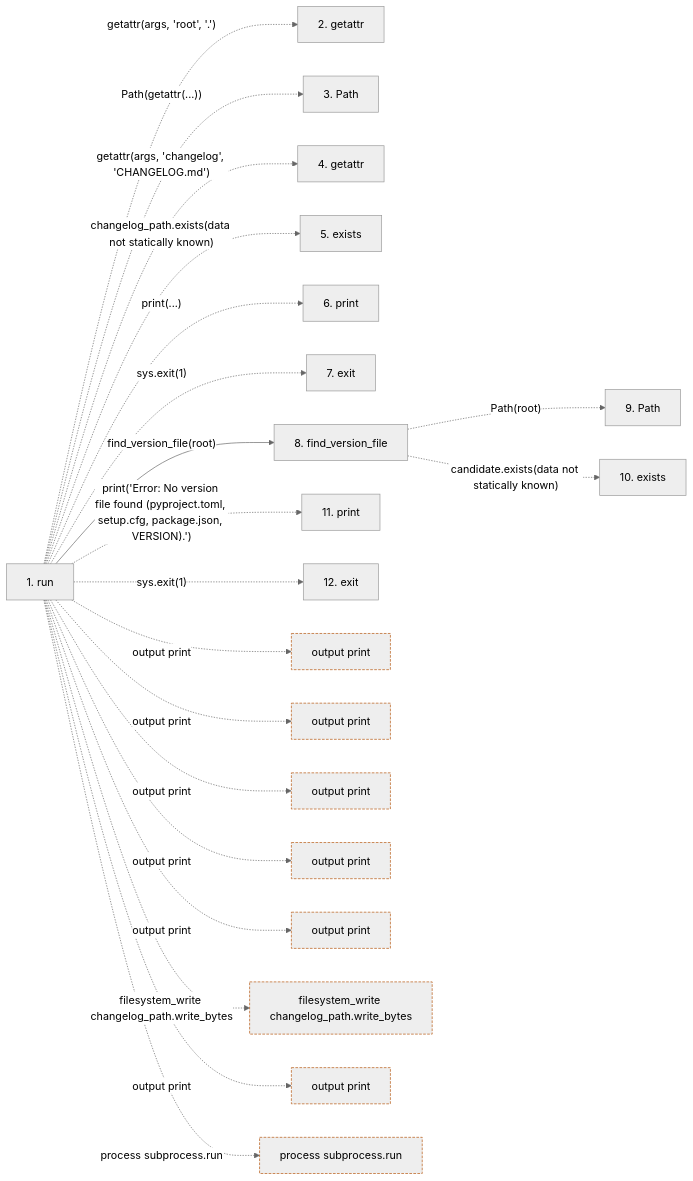
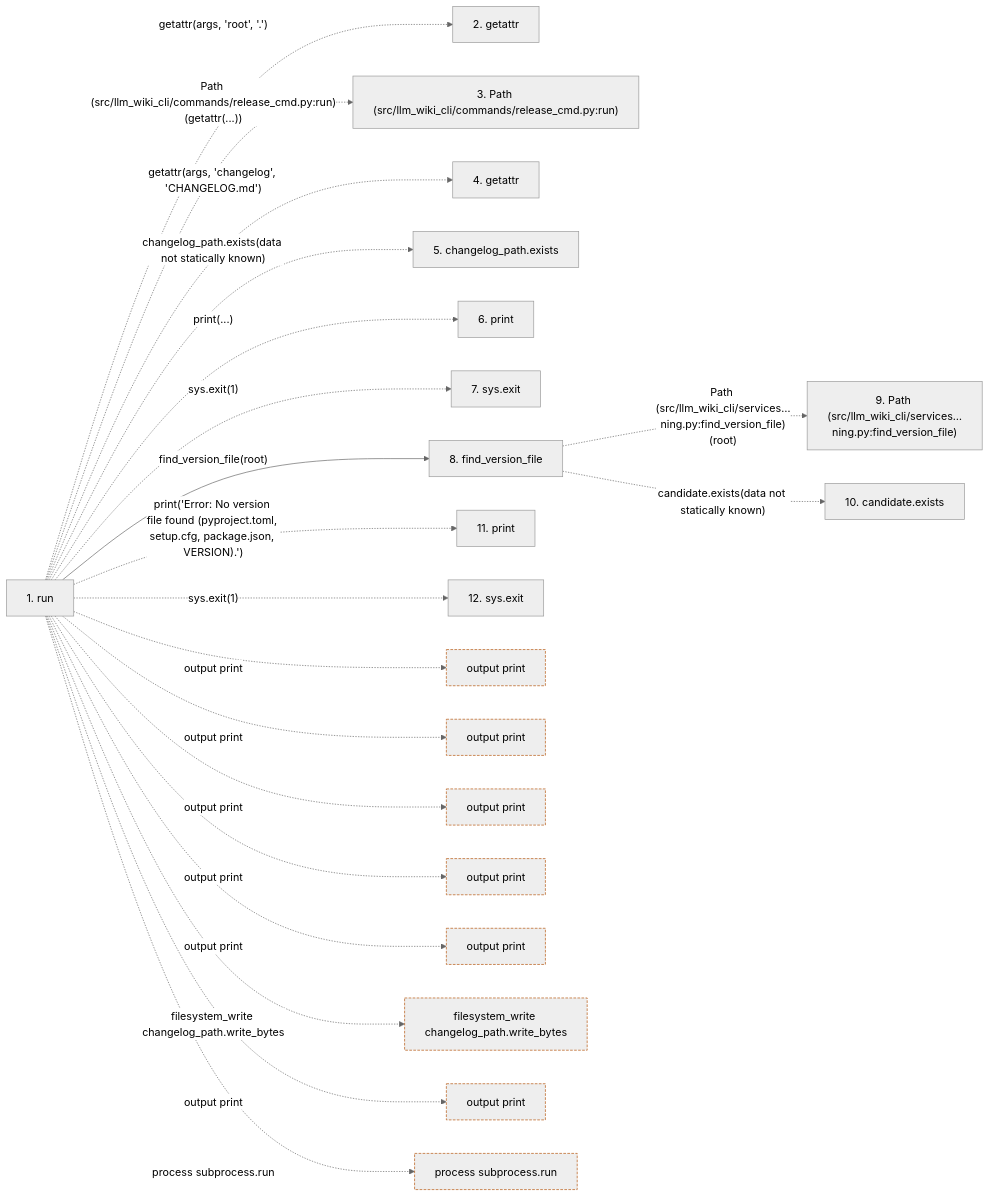
One commit to Denissvgn/python-wiki-llm changed the second of 2 diagrams in docs/llm_wiki/flows/cli-release.md. Above: the diagram before and after it, drawn with Mermaid (neutral theme). The commit also changed other lines of this file and 719 other files, not shown here.

````diff
--- a/docs/llm_wiki/flows/cli-release.md
+++ b/docs/llm_wiki/flows/cli-release.md
@@ -64,53 +69,53 @@
 ```mermaid
 flowchart LR
     s1["1. run"]
     s2["2. getattr"]
-    s3["3. Path"]
+    s3["3. Path (src/llm_wiki_cli/commands/release_cmd.py:run)"]
     s4["4. getattr"]
-    s5["5. exists"]
+    s5["5. changelog_path.exists"]
     s6["6. print"]
-    s7["7. exit"]
+    s7["7. sys.exit"]
     s8["8. find_version_file"]
-    s9["9. Path"]
-    s10["10. exists"]
+    s9["9. Path (src/llm_wiki_cli/services…ning.py:find_version_file)"]
+    s10["10. candidate.exists"]
     s11["11. print"]
-    s12["12. exit"]
+    s12["12. sys.exit"]
     s1 -. "getattr(args, 'root', '.')" .-> s2
-    s1 -. "Path(getattr(...))" .-> s3
+    s1 -. "Path (src/llm_wiki_cli/commands/release_cmd.py:run)(getattr(...))" .-> s3
     s1 -. "getattr(args, 'changelog', 'CHANGELOG.md')" .-> s4
     s1 -. "changelog_path.exists(data not statically known)" .-> s5
     s1 -. "print(...)" .-> s6
     s1 -. "sys.exit(1)" .-> s7
     s1 -->|"find_version_file(root)"| s8
-    s8 -. "Path(root)" .-> s9
+    s8 -. "Path (src/llm_wiki_cli/services…ning.py:find_version_file)(root)" .-> s9
     s8 -. "candidate.exists(data not statically known)" .-> s10
     s1 -. "print('Error: No version file found (pyproject.toml, setup.cfg, package.json, VERSION).')" .-> s11
     s1 -. "sys.exit(1)" .-> s12
     b0["output print"]
     s1 -. "output print" .-> b0
     b1["output print"]
     s1 -. "output print" .-> b1
     b2["output print"]
     s1 -. "output print" .-> b2
     b3["output print"]
     s1 -. "output print" .-> b3
     b4["output print"]
     s1 -. "output print" .-> b4
     b5["filesystem_write changelog_path.write_bytes"]
     s1 -. "filesystem_write changelog_path.write_bytes" .-> b5
     b6["output print"]
     s1 -. "output print" .-> b6
     b7["process subprocess.run"]
     s1 -. "process subprocess.run" .-> b7
     click s1 "../modules/release_cmd.md"
     click s8 "../modules/versioning.md"
     classDef boundary stroke:#b45309,stroke-dasharray: 4 2
     class b0 boundary
     class b1 boundary
     class b2 boundary
     class b3 boundary
     class b4 boundary
     class b5 boundary
     class b6 boundary
     class b7 boundary
 ```
````
